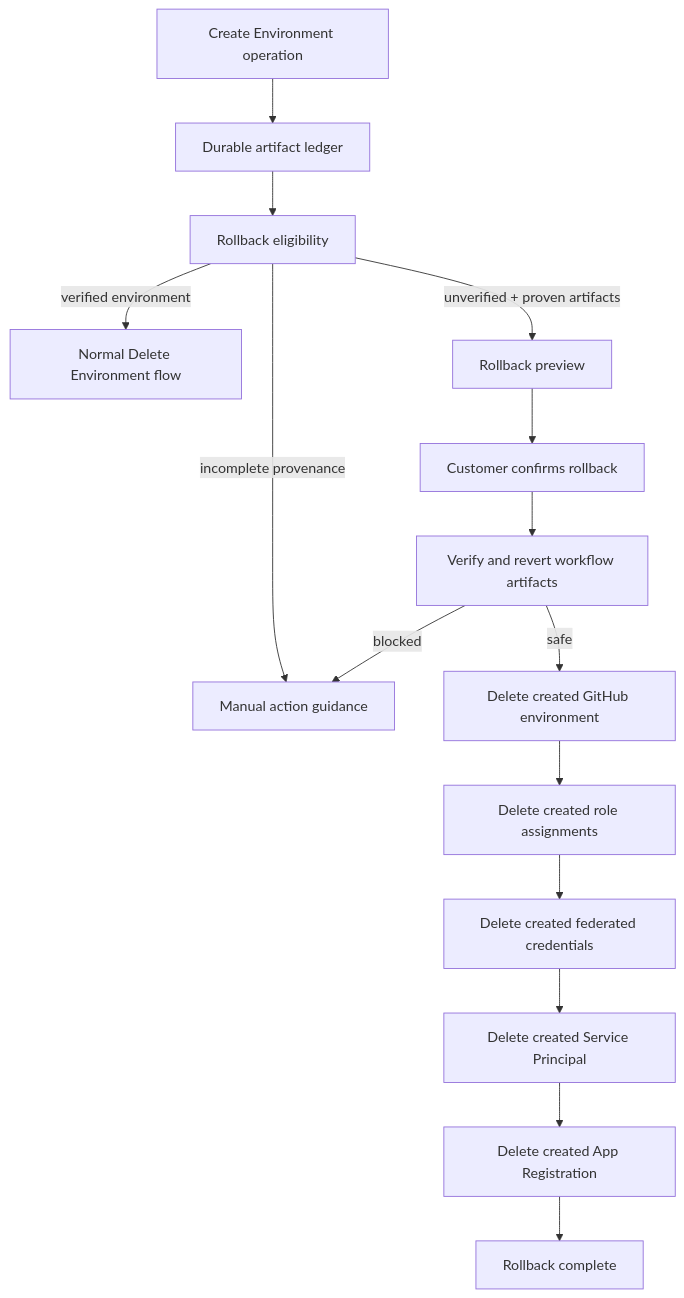
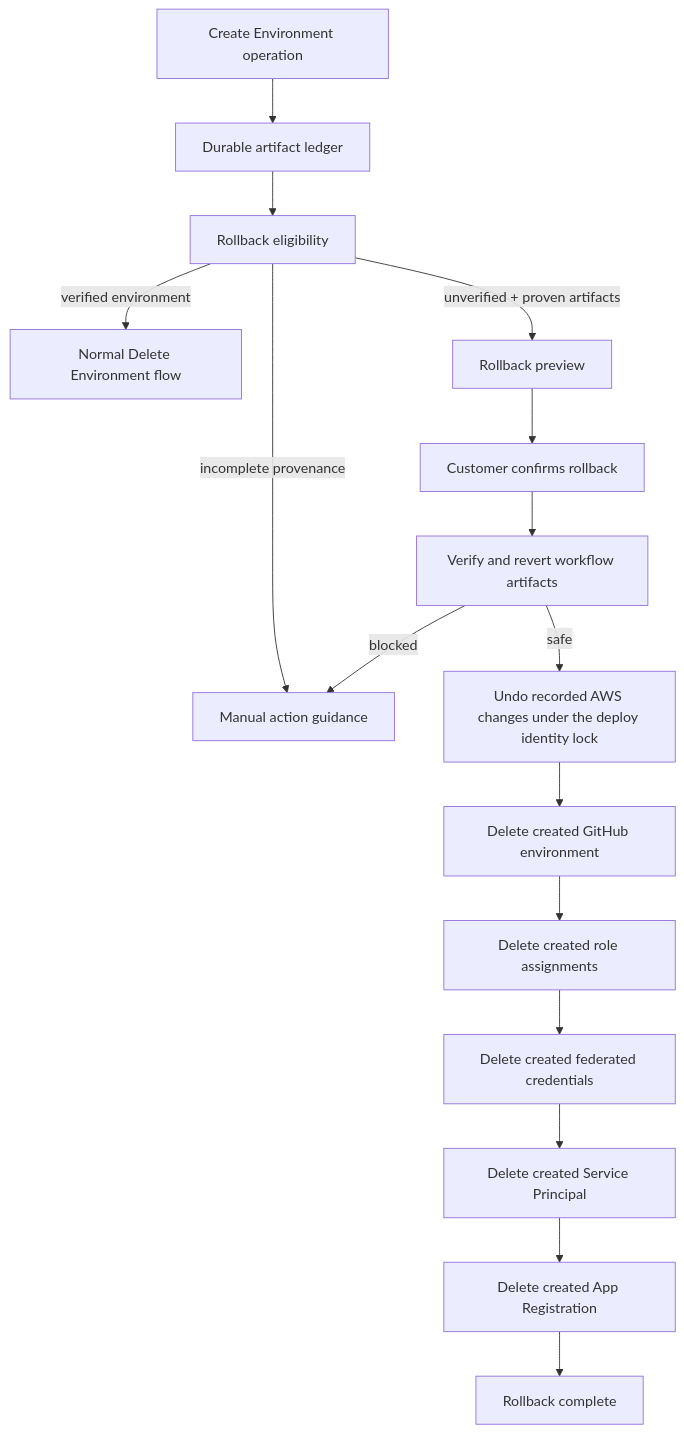
The first of 2 diagrams in docs/architecture/create-environment-rollback.md (radius-project/ai-extensions), drawn with Mermaid before and after one commit. The commit also changed other lines of this file and 12 other files, not shown here.

````diff
--- a/docs/architecture/create-environment-rollback.md
+++ b/docs/architecture/create-environment-rollback.md
@@ -5,17 +5,18 @@
 ```mermaid
 graph TD
     Attempt["Create Environment operation"] --> Ledger["Durable artifact ledger"]
     Ledger --> Eligibility["Rollback eligibility"]
     Eligibility -->|verified environment| DeleteFlow["Normal Delete Environment flow"]
     Eligibility -->|unverified + proven artifacts| Preview["Rollback preview"]
     Eligibility -->|incomplete provenance| Manual["Manual action guidance"]
     Preview --> Confirm["Customer confirms rollback"]
     Confirm --> Workflow["Verify and revert workflow artifacts"]
     Workflow -->|blocked| Manual
-    Workflow -->|safe| GitHubEnv["Delete created GitHub environment"]
+    Workflow -->|safe| Aws["Undo recorded AWS changes under the deploy identity lock"]
+    Aws --> GitHubEnv["Delete created GitHub environment"]
     GitHubEnv --> Roles["Delete created role assignments"]
     Roles --> Fic["Delete created federated credentials"]
     Fic --> Sp["Delete created Service Principal"]
     Sp --> App["Delete created App Registration"]
     App --> Complete["Rollback complete"]
 ```
````
